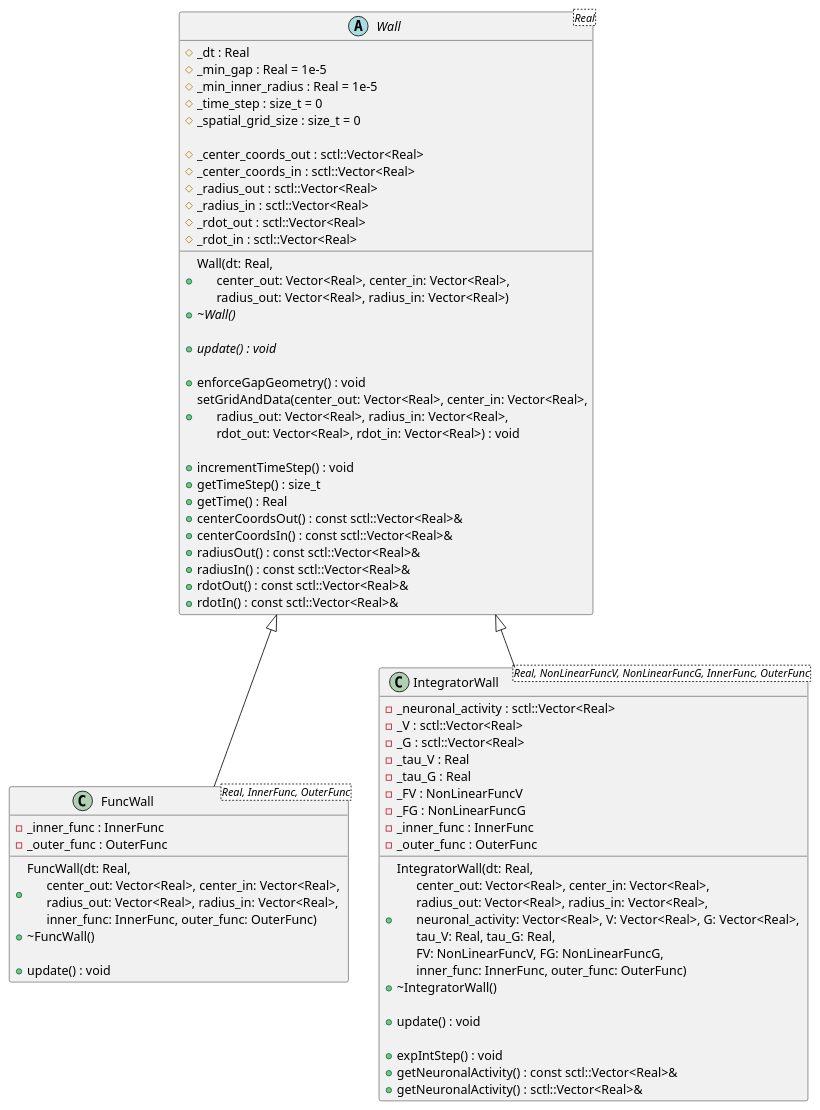
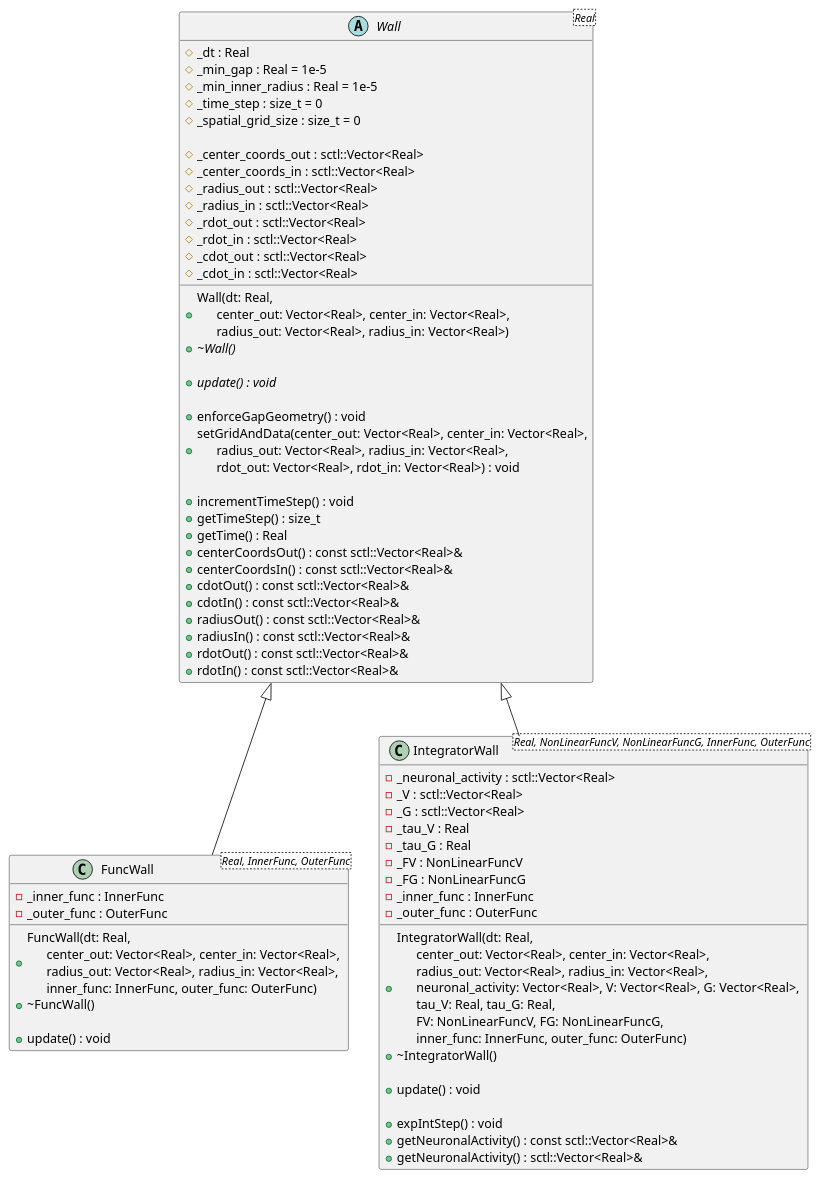
One commit to TianyueLi75/glymphbie changed the diagram in wall_uml.puml. Above: the diagram before and after it, drawn with PlantUML.

Commit message:
update wall_uml

```diff
--- a/wall_uml.puml
+++ b/wall_uml.puml
@@ -1,106 +1,110 @@
 @startuml wall_dynamics
 ' ------------------------------------------------------------------
 ' Base Abstract Class: Wall
 ' ------------------------------------------------------------------
 abstract class "Wall<Real>" as Wall {
     ' Protected Members
     # _dt : Real
     # _min_gap : Real = 1e-5
     # _min_inner_radius : Real = 1e-5
     # _time_step : size_t = 0
     # _spatial_grid_size : size_t = 0
     
     ' Data Structures (Vectors)
     # _center_coords_out : sctl::Vector<Real>
     # _center_coords_in : sctl::Vector<Real>
     # _radius_out : sctl::Vector<Real>
     # _radius_in : sctl::Vector<Real>
     # _rdot_out : sctl::Vector<Real>
     # _rdot_in : sctl::Vector<Real>
+    # _cdot_out : sctl::Vector<Real>
+    # _cdot_in : sctl::Vector<Real>
 
     ' Constructor & Destructor
     + Wall(dt: Real, \n\
       center_out: Vector<Real>, center_in: Vector<Real>,\n\
       radius_out: Vector<Real>, radius_in: Vector<Real>)
     + {abstract} ~Wall()
 
     ' Abstract Methods
     + {abstract} update() : void
 
     ' Concrete Methods
     + enforceGapGeometry() : void
     + setGridAndData(center_out: Vector<Real>, center_in: Vector<Real>,\n\
       radius_out: Vector<Real>, radius_in: Vector<Real>,\n\
       rdot_out: Vector<Real>, rdot_in: Vector<Real>) : void
 
     ' Accessors / Getters
     + incrementTimeStep() : void
     + getTimeStep() : size_t
     + getTime() : Real
     + centerCoordsOut() : const sctl::Vector<Real>&
     + centerCoordsIn() : const sctl::Vector<Real>&
+    + cdotOut() : const sctl::Vector<Real>&
+    + cdotIn() : const sctl::Vector<Real>&
     + radiusOut() : const sctl::Vector<Real>&
     + radiusIn() : const sctl::Vector<Real>&
     + rdotOut() : const sctl::Vector<Real>&
     + rdotIn() : const sctl::Vector<Real>&
 }
 
 ' ------------------------------------------------------------------
 ' Derived Class: FuncWall
 ' ------------------------------------------------------------------
 class "FuncWall<Real, InnerFunc, OuterFunc>" as FuncWall {
     ' Private Members
     - _inner_func : InnerFunc
     - _outer_func : OuterFunc
 
     ' Constructor & Destructor
     + FuncWall(dt: Real, \n\
       center_out: Vector<Real>, center_in: Vector<Real>, \n\
       radius_out: Vector<Real>, radius_in: Vector<Real>,\n\
       inner_func: InnerFunc, outer_func: OuterFunc)
     + ~FuncWall()
 
     ' Overrides
     + update() : void
 }
 
 ' ------------------------------------------------------------------
 ' Derived Class: IntegratorWall
 ' ------------------------------------------------------------------
 class "IntegratorWall<Real, NonLinearFuncV, NonLinearFuncG, InnerFunc, OuterFunc>" as IntegratorWall {
     ' Private Members
     - _neuronal_activity : sctl::Vector<Real>
     - _V : sctl::Vector<Real>
     - _G : sctl::Vector<Real>
     - _tau_V : Real
     - _tau_G : Real
     - _FV : NonLinearFuncV
     - _FG : NonLinearFuncG
     - _inner_func : InnerFunc
     - _outer_func : OuterFunc
 
     ' Constructor & Destructor
     + IntegratorWall(dt: Real, \n\
       center_out: Vector<Real>, center_in: Vector<Real>, \n\
       radius_out: Vector<Real>, radius_in: Vector<Real>, \n\
       neuronal_activity: Vector<Real>, V: Vector<Real>, G: Vector<Real>, \n\
       tau_V: Real, tau_G: Real, \n\
       FV: NonLinearFuncV, FG: NonLinearFuncG, \n\
       inner_func: InnerFunc, outer_func: OuterFunc)
     + ~IntegratorWall()
 
     ' Overrides
     + update() : void
 
     ' Class Specific Methods
     + expIntStep() : void
     + getNeuronalActivity() : const sctl::Vector<Real>&
     + getNeuronalActivity() : sctl::Vector<Real>&
 }
 
 ' ------------------------------------------------------------------
 ' Relationships
 ' ------------------------------------------------------------------
 Wall <|-- FuncWall
 Wall <|-- IntegratorWall
 @enduml
```
